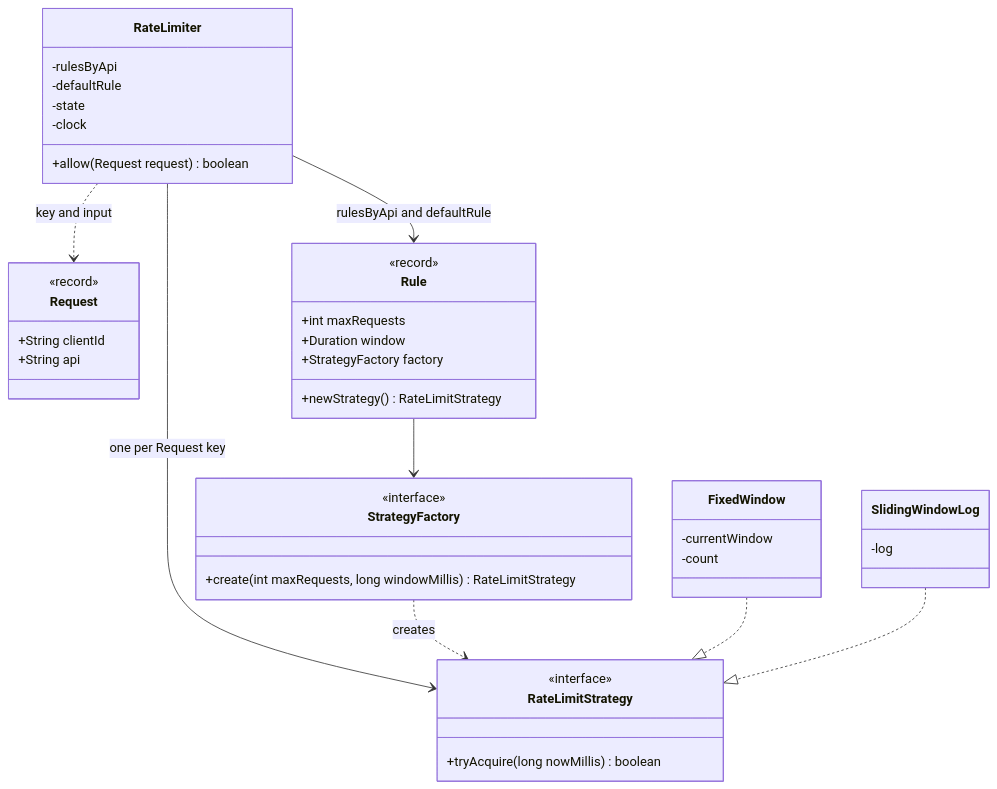
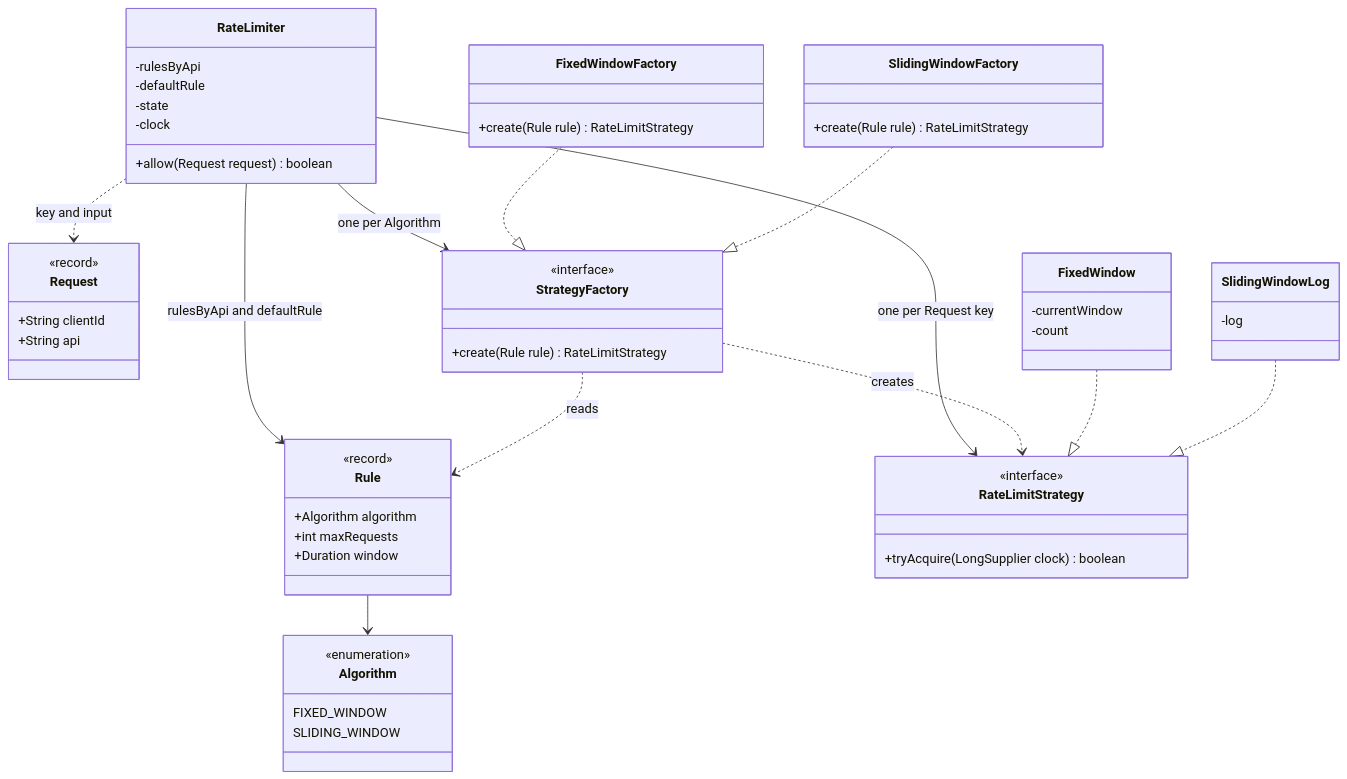
The second of 2 diagrams in content/notes/lld/session-1-rate-limiter.md (Sriram-Karthick-k/progress-tracker), drawn with Mermaid before and after one commit. The commit also changed other lines of this file and 6 other files, not shown here.

````diff
--- a/content/notes/lld/session-1-rate-limiter.md
+++ b/content/notes/lld/session-1-rate-limiter.md
@@ -89,44 +106,58 @@
 ```mermaid
 classDiagram
     class Request {
         <<record>>
         +String clientId
         +String api
     }
     class Rule {
         <<record>>
+        +Algorithm algorithm
         +int maxRequests
         +Duration window
-        +StrategyFactory factory
-        +newStrategy() RateLimitStrategy
+    }
+    class Algorithm {
+        <<enumeration>>
+        FIXED_WINDOW
+        SLIDING_WINDOW
     }
     class StrategyFactory {
         <<interface>>
-        +create(int maxRequests, long windowMillis) RateLimitStrategy
+        +create(Rule rule) RateLimitStrategy
+    }
+    class FixedWindowFactory {
+        +create(Rule rule) RateLimitStrategy
+    }
+    class SlidingWindowFactory {
+        +create(Rule rule) RateLimitStrategy
     }
     class RateLimitStrategy {
         <<interface>>
-        +tryAcquire(long nowMillis) boolean
+        +tryAcquire(LongSupplier clock) boolean
     }
     class RateLimiter {
         -rulesByApi
         -defaultRule
         -state
         -clock
         +allow(Request request) boolean
     }
     class FixedWindow {
         -currentWindow
         -count
     }
     class SlidingWindowLog {
         -log
     }
     RateLimiter ..> Request : key and input
     RateLimiter --> Rule : rulesByApi and defaultRule
     RateLimiter --> RateLimitStrategy : one per Request key
-    Rule --> StrategyFactory
+    RateLimiter --> StrategyFactory : one per Algorithm
+    Rule --> Algorithm
+    StrategyFactory ..> Rule : reads
     StrategyFactory ..> RateLimitStrategy : creates
+    FixedWindowFactory ..|> StrategyFactory
+    SlidingWindowFactory ..|> StrategyFactory
     FixedWindow ..|> RateLimitStrategy
     SlidingWindowLog ..|> RateLimitStrategy
 ```
````
